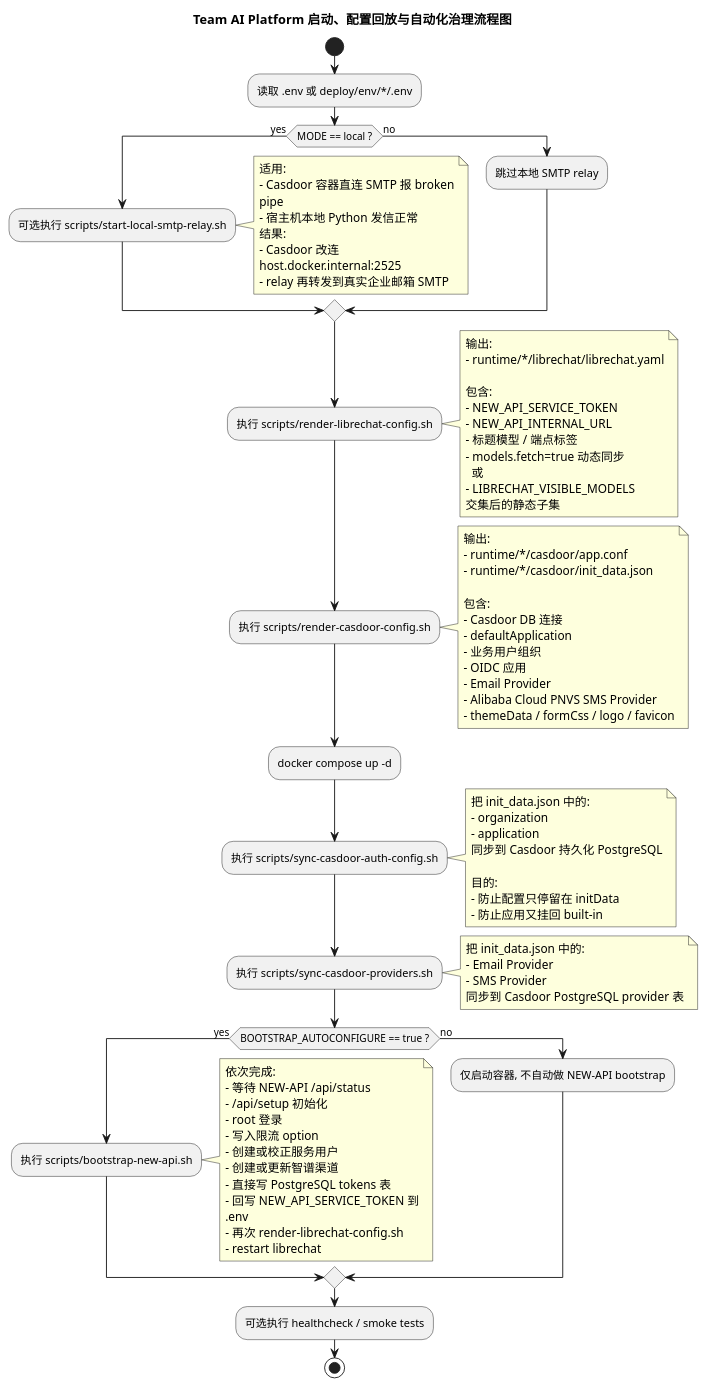
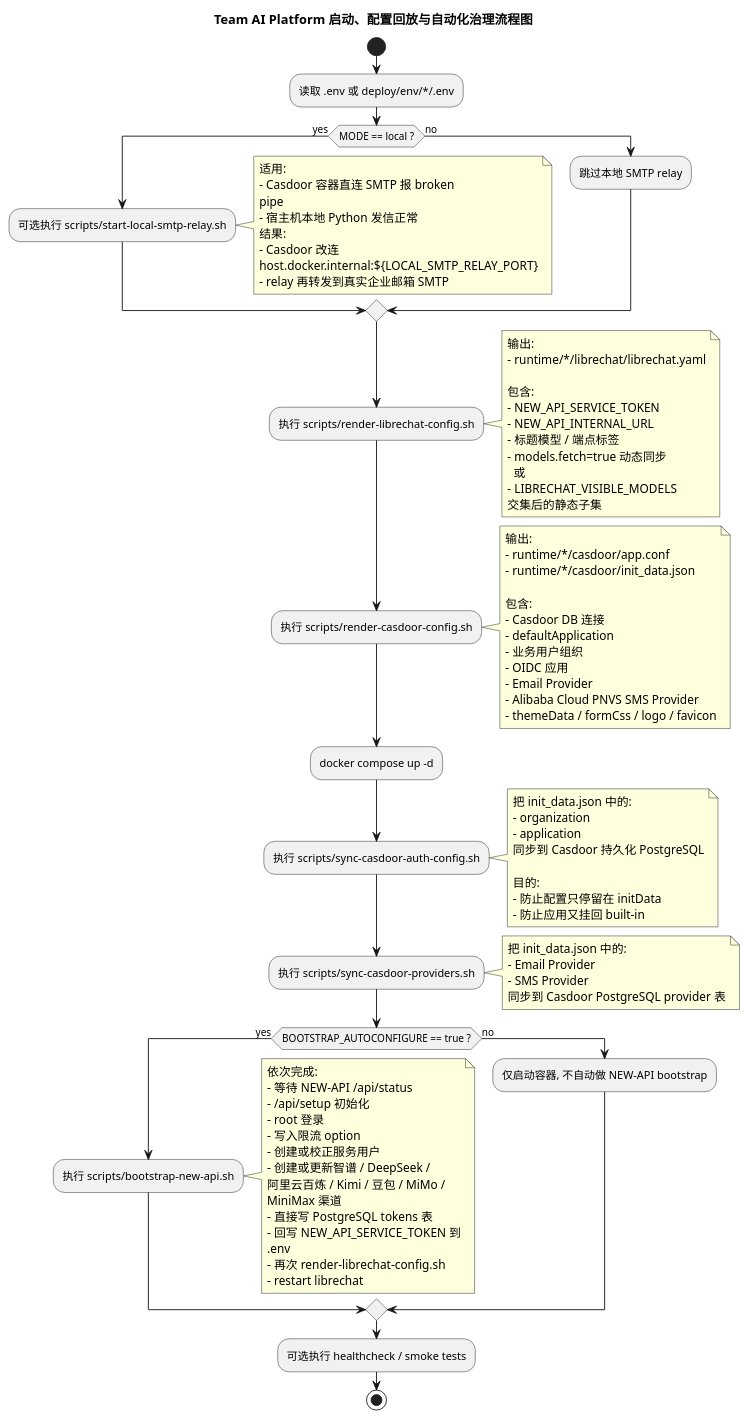
Before and after one commit to liguiqi/Team-AI-Platform: the diagram in docs/architecture/puml/20260422_162931_startup_config_replay_and_bootstrap_flow.puml, drawn with PlantUML. The commit also changed 39 other files, not shown here.

```diff
--- a/docs/architecture/puml/20260422_162931_startup_config_replay_and_bootstrap_flow.puml
+++ b/docs/architecture/puml/20260422_162931_startup_config_replay_and_bootstrap_flow.puml
@@ -1,100 +1,100 @@
 @startuml
 title Team AI Platform 启动、配置回放与自动化治理流程图
 
 skinparam shadowing false
 skinparam wrapWidth 240
 skinparam maxMessageSize 180
 
 start
 :读取 .env 或 deploy/env/*/.env;
 
 if (MODE == local ?) then (yes)
   :可选执行 scripts/start-local-smtp-relay.sh;
   note right
   适用:
   - Casdoor 容器直连 SMTP 报 broken pipe
   - 宿主机本地 Python 发信正常
   结果:
-  - Casdoor 改连 host.docker.internal:2525
+  - Casdoor 改连 host.docker.internal:${LOCAL_SMTP_RELAY_PORT}
   - relay 再转发到真实企业邮箱 SMTP
   end note
 else (no)
   :跳过本地 SMTP relay;
 endif
 
 :执行 scripts/render-librechat-config.sh;
 note right
 输出:
 - runtime/*/librechat/librechat.yaml
 
 包含:
 - NEW_API_SERVICE_TOKEN
 - NEW_API_INTERNAL_URL
 - 标题模型 / 端点标签
 - models.fetch=true 动态同步
   或
 - LIBRECHAT_VISIBLE_MODELS 交集后的静态子集
 end note
 
 :执行 scripts/render-casdoor-config.sh;
 note right
 输出:
 - runtime/*/casdoor/app.conf
 - runtime/*/casdoor/init_data.json
 
 包含:
 - Casdoor DB 连接
 - defaultApplication
 - 业务用户组织
 - OIDC 应用
 - Email Provider
 - Alibaba Cloud PNVS SMS Provider
 - themeData / formCss / logo / favicon
 end note
 
 :docker compose up -d;
 
 :执行 scripts/sync-casdoor-auth-config.sh;
 note right
 把 init_data.json 中的:
 - organization
 - application
 同步到 Casdoor 持久化 PostgreSQL
 
 目的:
 - 防止配置只停留在 initData
 - 防止应用又挂回 built-in
 end note
 
 :执行 scripts/sync-casdoor-providers.sh;
 note right
 把 init_data.json 中的:
 - Email Provider
 - SMS Provider
 同步到 Casdoor PostgreSQL provider 表
 end note
 
 if (BOOTSTRAP_AUTOCONFIGURE == true ?) then (yes)
   :执行 scripts/bootstrap-new-api.sh;
   note right
   依次完成:
   - 等待 NEW-API /api/status
   - /api/setup 初始化
   - root 登录
   - 写入限流 option
   - 创建或校正服务用户
-  - 创建或更新智谱渠道
+  - 创建或更新智谱 / DeepSeek / 阿里云百炼 / Kimi / 豆包 / MiMo / MiniMax 渠道
   - 直接写 PostgreSQL tokens 表
   - 回写 NEW_API_SERVICE_TOKEN 到 .env
   - 再次 render-librechat-config.sh
   - restart librechat
   end note
 else (no)
   :仅启动容器, 不自动做 NEW-API bootstrap;
 endif
 
 :可选执行 healthcheck / smoke tests;
 
 stop
 
 @enduml
```
